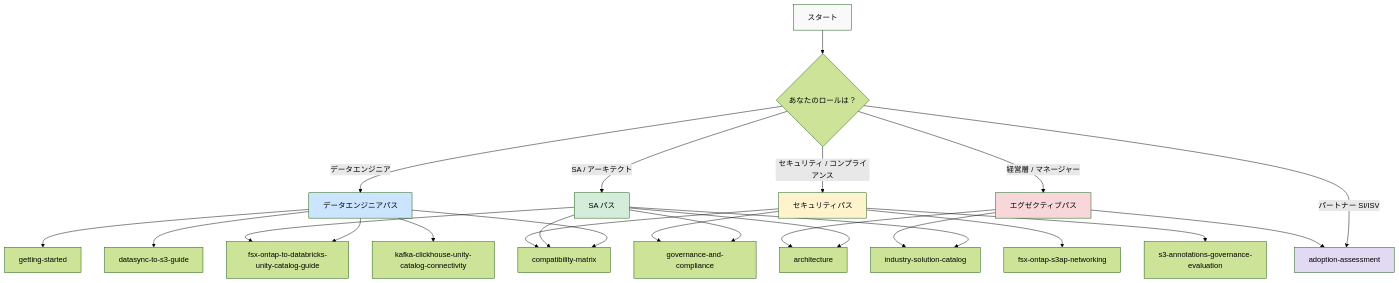
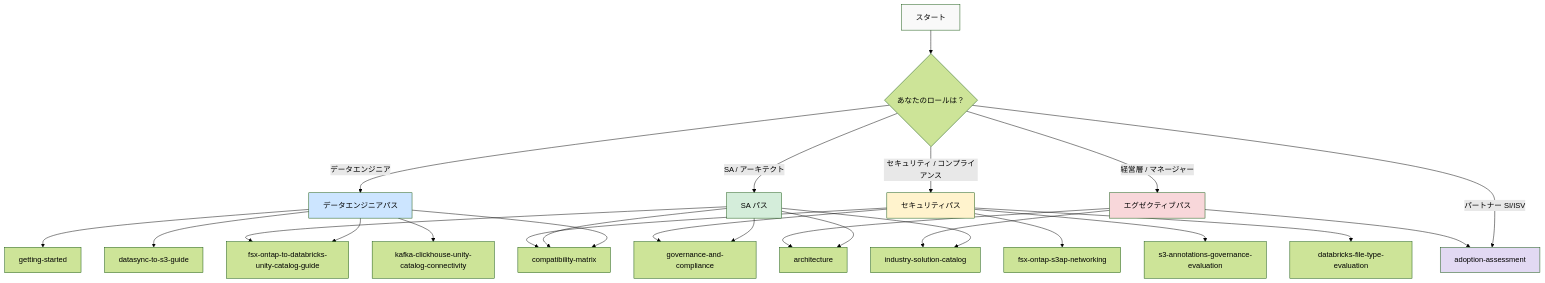
The first of 3 diagrams in docs/ja/reading-path-guide.md (Yoshiki0705/fsxn-lakehouse-integrations), drawn with Mermaid (forest theme) before and after one commit. The commit also changed other lines of this file and 25 other files, not shown here.

````diff
--- a/docs/ja/reading-path-guide.md
+++ b/docs/ja/reading-path-guide.md
@@ -12,38 +12,39 @@
 ```mermaid
 graph TD
     START[スタート] --> ROLE{あなたのロールは？}
     
     ROLE -->|データエンジニア| DE[データエンジニアパス]
     ROLE -->|SA / アーキテクト| SA[SA パス]
     ROLE -->|セキュリティ / コンプライアンス| SEC[セキュリティパス]
     ROLE -->|経営層 / マネージャー| EXEC[エグゼクティブパス]
     ROLE -->|パートナー SI/ISV| PARTNER[パートナーパス]
     
     DE --> GS[getting-started]
     DE --> CM[compatibility-matrix]
     DE --> UC[fsx-ontap-to-databricks-unity-catalog-guide]
     DE --> DS[datasync-to-s3-guide]
     DE --> KF[kafka-clickhouse-unity-catalog-connectivity]
     
     SA --> ARCH[architecture]
     SA --> UC
     SA --> CM
     SA --> GOV[governance-and-compliance]
     SA --> IND[industry-solution-catalog]
     
     SEC --> GOV
     SEC --> CM
     SEC --> NET[fsx-ontap-s3ap-networking]
     SEC --> ANN[s3-annotations-governance-evaluation]
+    SEC --> FT[databricks-file-type-evaluation]
     
     EXEC --> IND
     EXEC --> ARCH
     EXEC --> PARTNER[adoption-assessment]
     
     style START fill:#f9f9f9
     style DE fill:#cce5ff
     style SA fill:#d4edda
     style SEC fill:#fff3cd
     style EXEC fill:#f8d7da
     style PARTNER fill:#e2d9f3
 ```
````
